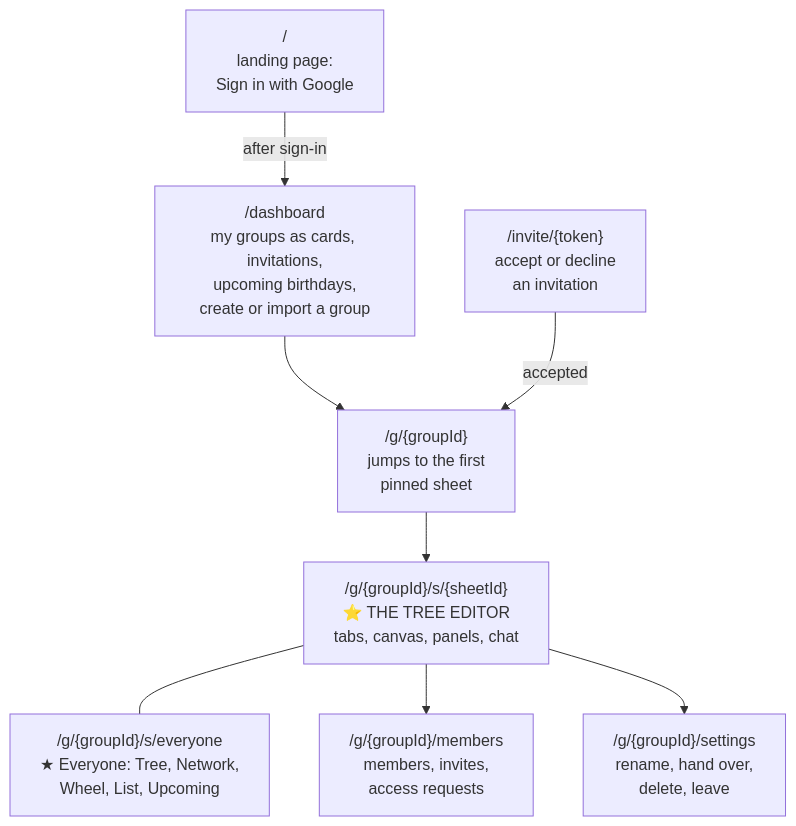
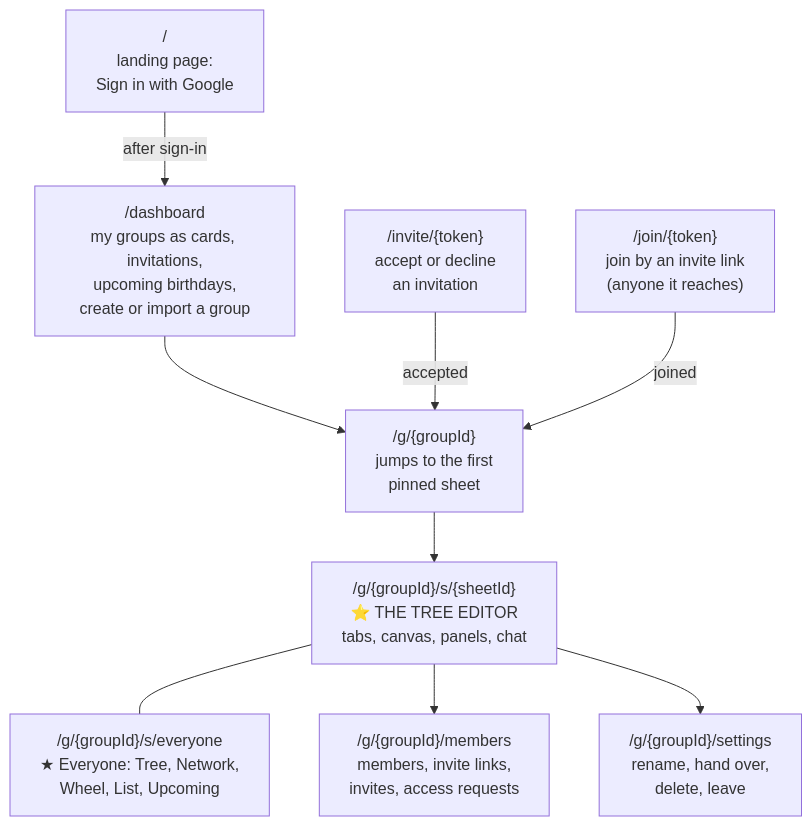
The ninth of 21 diagrams in docs/PROJECT_GUIDE.md (harikiranvusirikala/Family-Tree-with-AI), drawn with Mermaid before and after one commit. The commit also changed other lines of this file and 26 other files, not shown here.

First line of the commit message:
Invite links for the whole family (owner request)

````diff
--- a/docs/PROJECT_GUIDE.md
+++ b/docs/PROJECT_GUIDE.md
@@ -258,18 +258,20 @@
 ```mermaid
 flowchart TB
     root["/ <br/>landing page:<br/>Sign in with Google"]
     dash["/dashboard<br/>my groups as cards, invitations,<br/>upcoming birthdays,<br/>create or import a group"]
     g["/g/{groupId}<br/>jumps to the first<br/>pinned sheet"]
     s["/g/{groupId}/s/{sheetId}<br/>⭐ THE TREE EDITOR<br/>tabs, canvas, panels, chat"]
     ev["/g/{groupId}/s/everyone<br/>★ Everyone: Tree, Network,<br/>Wheel, List, Upcoming"]
-    mem["/g/{groupId}/members<br/>members, invites,<br/>access requests"]
+    mem["/g/{groupId}/members<br/>members, invite links,<br/>invites, access requests"]
     set["/g/{groupId}/settings<br/>rename, hand over,<br/>delete, leave"]
     inv["/invite/{token}<br/>accept or decline<br/>an invitation"]
+    join["/join/{token}<br/>join by an invite link<br/>(anyone it reaches)"]
 
     root -->|"after sign-in"| dash
     dash --> g --> s
     s --- ev
     s --> mem
     s --> set
     inv -->|"accepted"| g
+    join -->|"joined"| g
 ```
````
